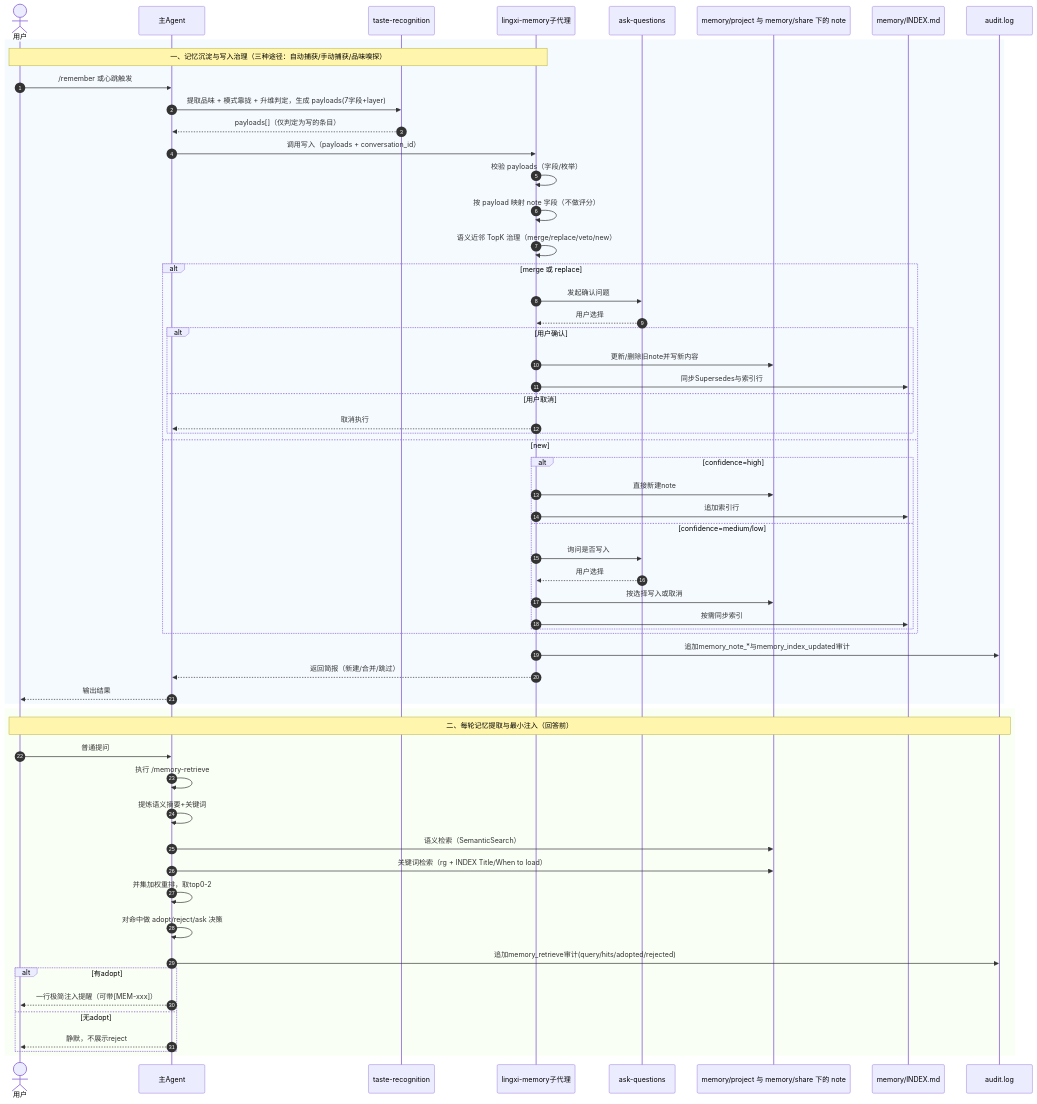
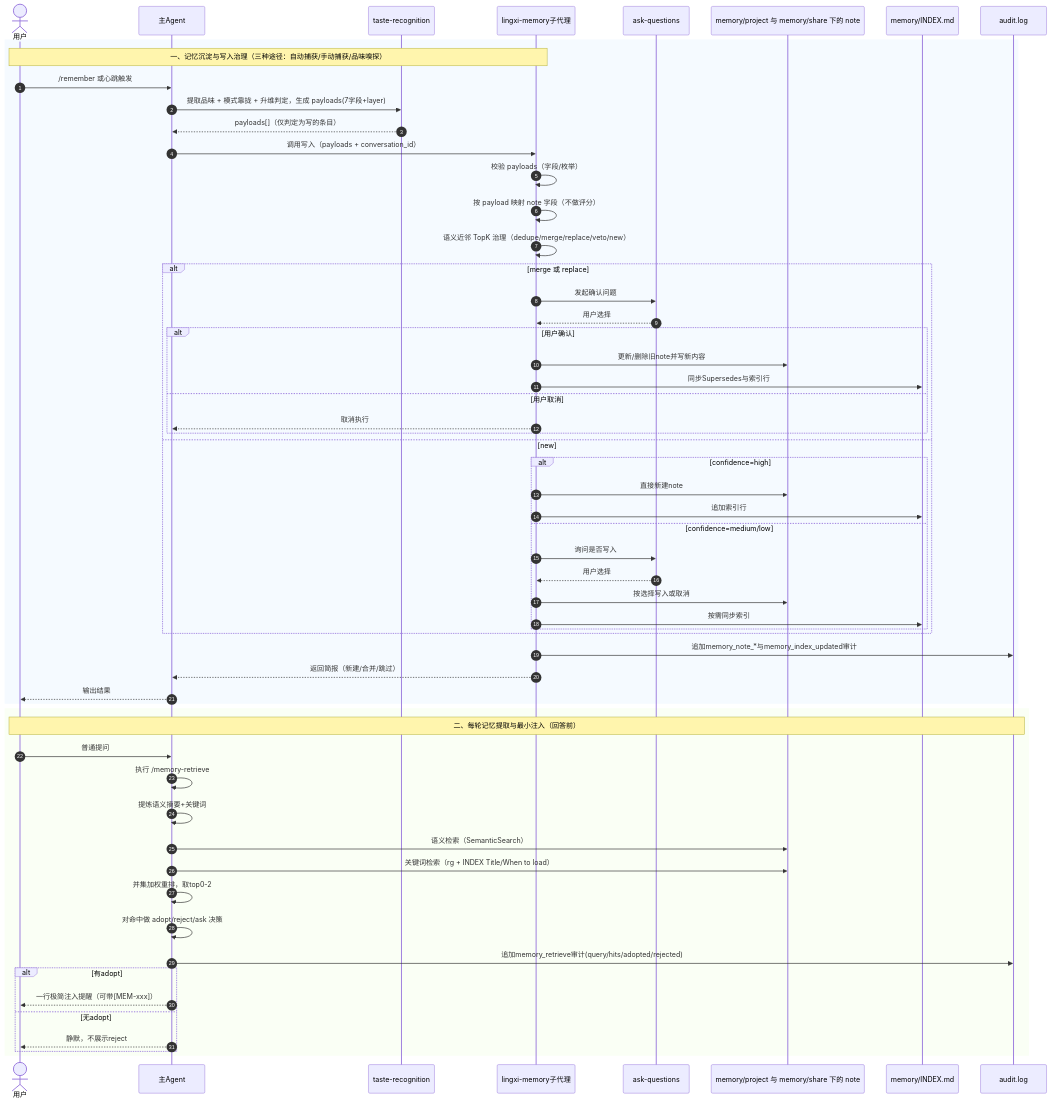
One commit to tower1229/lingxi-site changed the diagram in guide/memory-system.md. Above: the diagram before and after it, drawn with Mermaid. The commit also changed other lines of this file and 7 other files, not shown here.

````diff
--- a/guide/memory-system.md
+++ b/guide/memory-system.md
@@ -124,63 +124,63 @@
 ```mermaid
 sequenceDiagram
     autonumber
     actor U as 用户
     participant A as 主Agent
     participant TR as taste-recognition
     participant LM as lingxi-memory子代理
     participant AQ as ask-questions
     participant N as memory/project 与 memory/share 下的 note
     participant I as memory/INDEX.md
     participant AU as audit.log
 
     rect rgb(245, 250, 255)
     Note over U,LM: 一、记忆沉淀与写入治理（三种途径：自动捕获/手动捕获/品味嗅探）
     U->>A: /remember 或心跳触发
     A->>TR: 提取品味 + 模式靠拢 + 升维判定，生成 payloads(7字段+layer)
     TR-->>A: payloads[]（仅判定为写的条目）
     A->>LM: 调用写入（payloads + conversation_id）
     LM->>LM: 校验 payloads（字段/枚举）
     LM->>LM: 按 payload 映射 note 字段（不做评分）
-    LM->>LM: 语义近邻 TopK 治理（merge/replace/veto/new）
+    LM->>LM: 语义近邻 TopK 治理（dedupe/merge/replace/veto/new）
     alt merge 或 replace
             LM->>AQ: 发起确认问题
             AQ-->>LM: 用户选择
             alt 用户确认
                 LM->>N: 更新/删除旧note并写新内容
                 LM->>I: 同步Supersedes与索引行
             else 用户取消
                 LM-->>A: 取消执行
             end
         else new
             alt confidence=high
                 LM->>N: 直接新建note
                 LM->>I: 追加索引行
             else confidence=medium/low
                 LM->>AQ: 询问是否写入
                 AQ-->>LM: 用户选择
                 LM->>N: 按选择写入或取消
                 LM->>I: 按需同步索引
             end
         end
         LM->>AU: 追加memory_note_*与memory_index_updated审计
     LM-->>A: 返回简报（新建/合并/跳过）
     A-->>U: 输出结果
     end
 
     rect rgb(250, 255, 245)
     Note over U,AU: 二、每轮记忆提取与最小注入（回答前）
     U->>A: 普通提问
     A->>A: 执行 /memory-retrieve
     A->>A: 提炼语义摘要+关键词
     A->>N: 语义检索（SemanticSearch）
     A->>N: 关键词检索（rg + INDEX Title/When to load）
     A->>A: 并集加权重排，取top0-2
     A->>A: 对命中做 adopt/reject/ask 决策
     A->>AU: 追加memory_retrieve审计(query/hits/adopted/rejected)
     alt 有adopt
         A-->>U: 一行极简注入提醒（可带[MEM-xxx]）
     else 无adopt
         A-->>U: 静默，不展示reject
     end
     end
 ```
````
